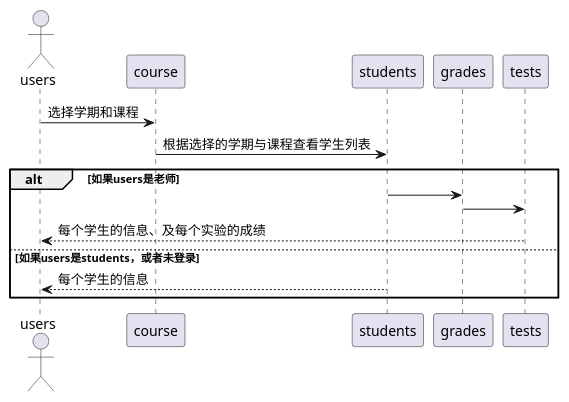
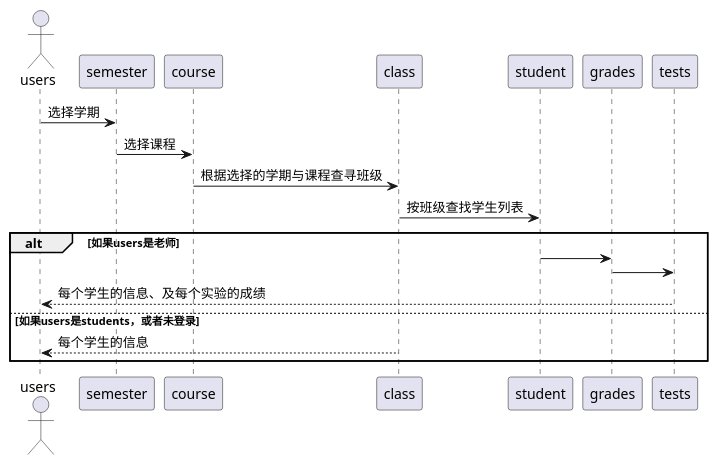
The diagram in test6/src/顺序图_学生列表.puml (Neddy1995/is_analysis), drawn with PlantUML before and after one commit. The commit also changed 30 other files, not shown here.

```diff
--- a/test6/src/顺序图_学生列表.puml
+++ b/test6/src/顺序图_学生列表.puml
@@ -1,12 +1,14 @@
 @startuml
 actor users
-users -> course: 选择学期和课程
-course -> students: 根据选择的学期与课程查看学生列表
+users -> semester : 选择学期
+semester -> course :选择课程
+course -> class: 根据选择的学期与课程查寻班级
+class -> student: 按班级查找学生列表
 alt 如果users是老师
-	students -> grades
+	student -> grades
 	grades -> tests
 	tests --> users:每个学生的信息、及每个实验的成绩
 else 如果users是students，或者未登录
-    students --> users:每个学生的信息
+    class --> users:每个学生的信息
 end
 @enduml
```
